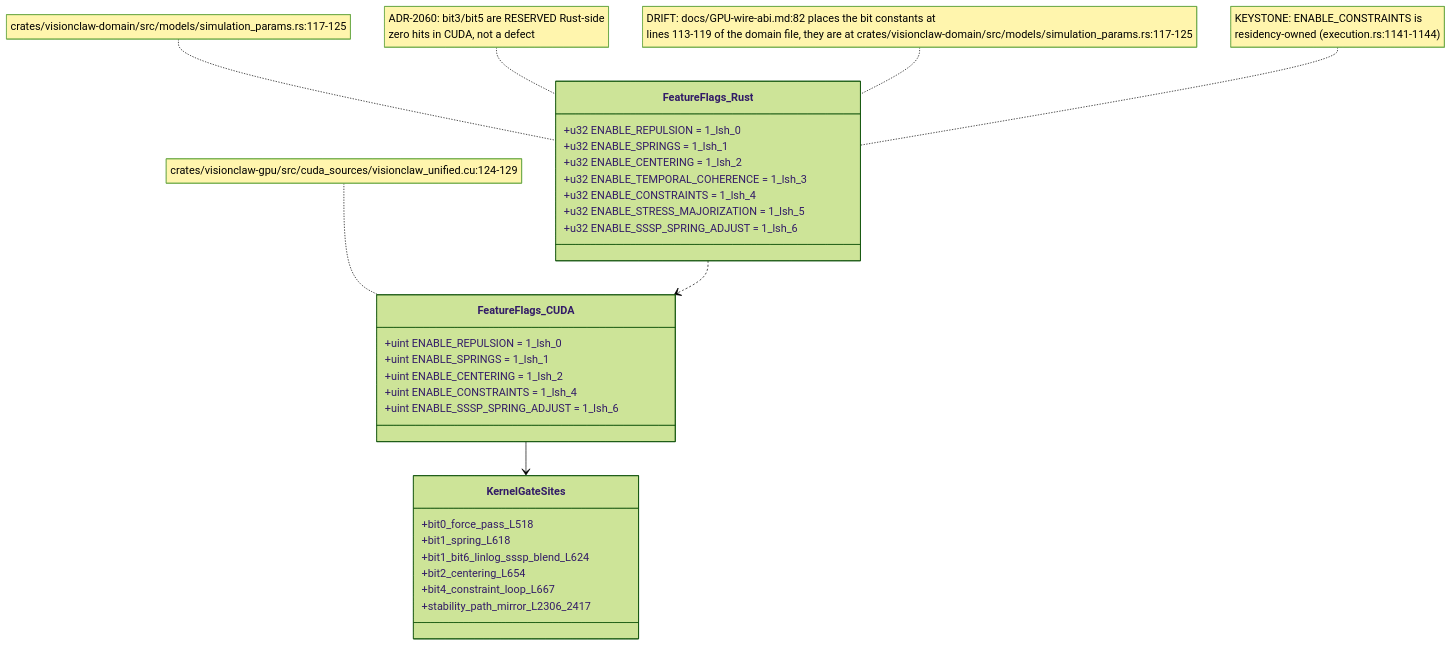
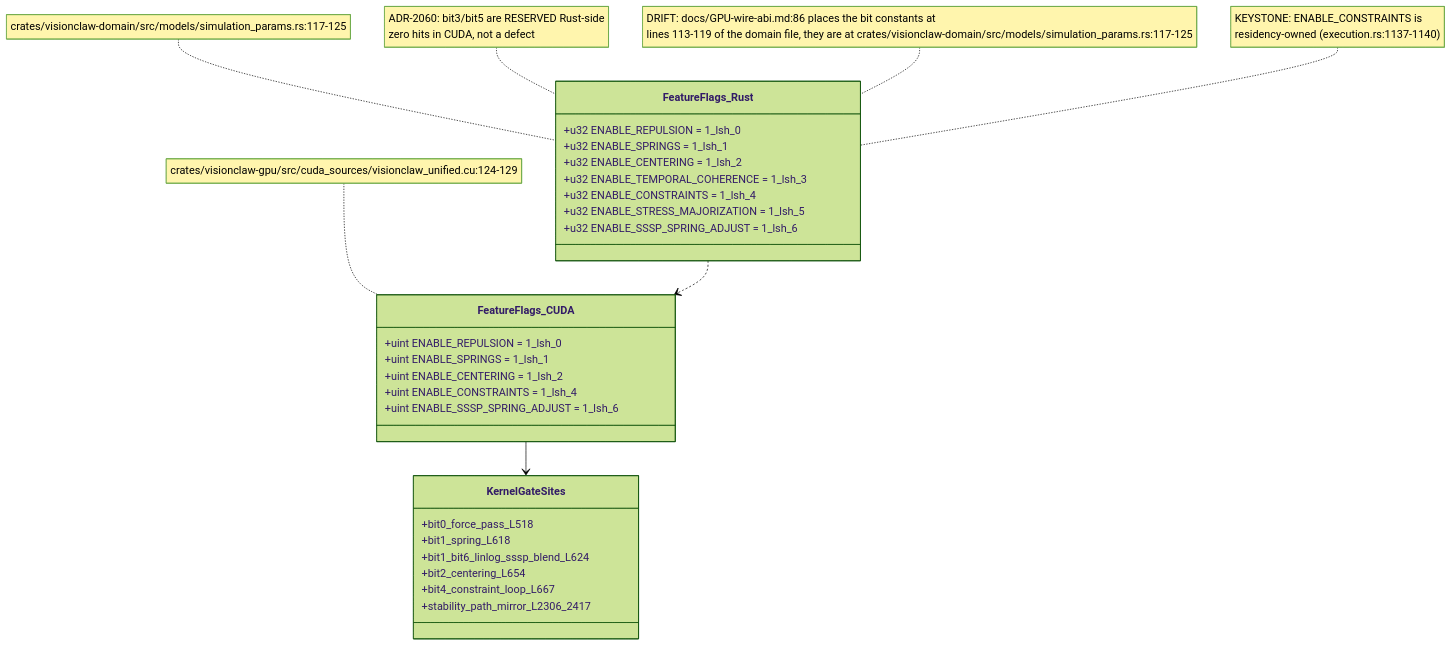
Before and after one commit to DreamLab-AI/VisionFlow: the second of 7 diagrams in docs/diagrams/visionclaw/12-simparams-abi-and-ptx.md, drawn with Mermaid (forest theme). The commit also changed other lines of this file and 81 other files, not shown here.

First line of the commit message:
docs(diagrams): roll VisionClaw topics to main 010e1109b (PR 37 and 38 merged); fix remaining prose citations

````diff
--- a/docs/diagrams/visionclaw/12-simparams-abi-and-ptx.md
+++ b/docs/diagrams/visionclaw/12-simparams-abi-and-ptx.md
@@ -123,34 +124,34 @@
 ```mermaid
 classDiagram
     class FeatureFlags_Rust {
         +u32 ENABLE_REPULSION = 1_lsh_0
         +u32 ENABLE_SPRINGS = 1_lsh_1
         +u32 ENABLE_CENTERING = 1_lsh_2
         +u32 ENABLE_TEMPORAL_COHERENCE = 1_lsh_3
         +u32 ENABLE_CONSTRAINTS = 1_lsh_4
         +u32 ENABLE_STRESS_MAJORIZATION = 1_lsh_5
         +u32 ENABLE_SSSP_SPRING_ADJUST = 1_lsh_6
     }
     class FeatureFlags_CUDA {
         +uint ENABLE_REPULSION = 1_lsh_0
         +uint ENABLE_SPRINGS = 1_lsh_1
         +uint ENABLE_CENTERING = 1_lsh_2
         +uint ENABLE_CONSTRAINTS = 1_lsh_4
         +uint ENABLE_SSSP_SPRING_ADJUST = 1_lsh_6
     }
     class KernelGateSites {
         +bit0_force_pass_L518
         +bit1_spring_L618
         +bit1_bit6_linlog_sssp_blend_L624
         +bit2_centering_L654
         +bit4_constraint_loop_L667
         +stability_path_mirror_L2306_2417
     }
     FeatureFlags_Rust ..> FeatureFlags_CUDA
     FeatureFlags_CUDA --> KernelGateSites
     note for FeatureFlags_Rust "crates/visionclaw-domain/src/models/simulation_params.rs:117-125"
     note for FeatureFlags_CUDA "crates/visionclaw-gpu/src/cuda_sources/visionclaw_unified.cu:124-129"
     note for FeatureFlags_Rust "ADR-2060: bit3/bit5 are RESERVED Rust-side<br/>zero hits in CUDA, not a defect"
-    note for FeatureFlags_Rust "DRIFT: docs/GPU-wire-abi.md:82 places the bit constants at<br/>lines 113-119 of the domain file, they are at crates/visionclaw-domain/src/models/simulation_params.rs:117-125"
-    note for FeatureFlags_Rust "KEYSTONE: ENABLE_CONSTRAINTS is<br/>residency-owned (execution.rs:1141-1144)"
+    note for FeatureFlags_Rust "DRIFT: docs/GPU-wire-abi.md:86 places the bit constants at<br/>lines 113-119 of the domain file, they are at crates/visionclaw-domain/src/models/simulation_params.rs:117-125"
+    note for FeatureFlags_Rust "KEYSTONE: ENABLE_CONSTRAINTS is<br/>residency-owned (execution.rs:1137-1140)"
 ```
````
